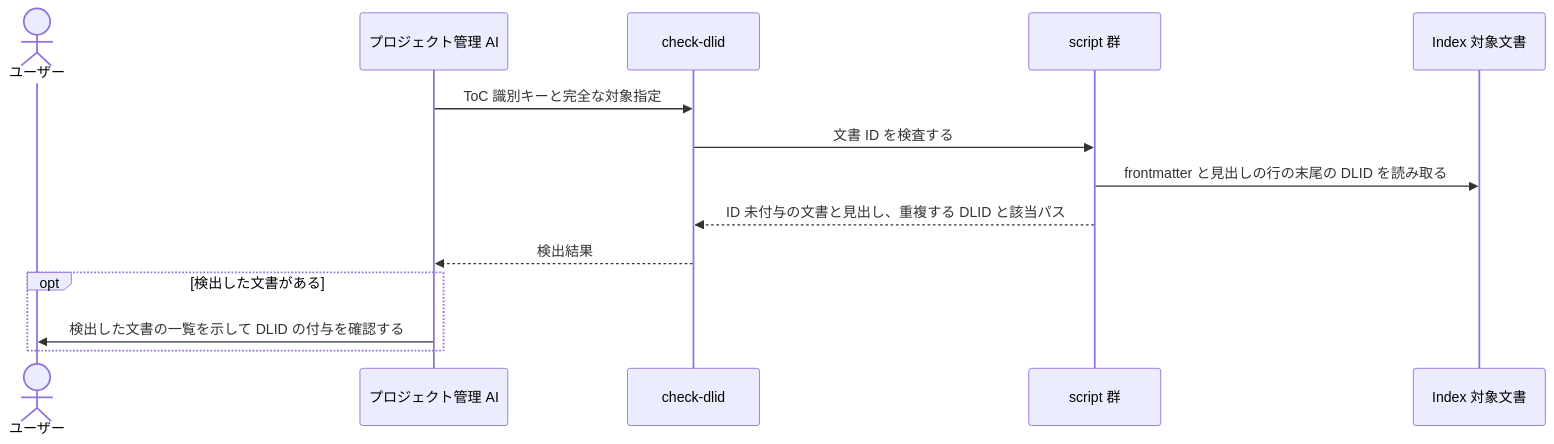
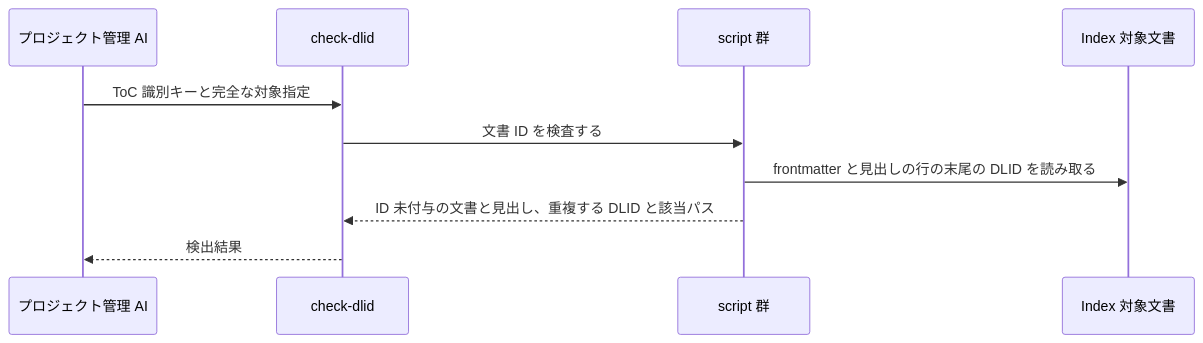
One commit to BlueEventHorizon/doc-link changed the fifth of 10 diagrams in docs/specs/design/DES-010_skill-composition.md. Above: the diagram before and after it, drawn with Mermaid. The commit also changed other lines of this file and 28 other files, not shown here.

````diff
--- a/docs/specs/design/DES-010_skill-composition.md
+++ b/docs/specs/design/DES-010_skill-composition.md
@@ -254,17 +254,13 @@
 ```mermaid
 sequenceDiagram
-    actor User as ユーザー
     participant PM as プロジェクト管理 AI
     participant Skill as check-dlid
     participant Scripts as script 群
     participant Docs as Index 対象文書
 
     PM->>Skill: ToC 識別キーと完全な対象指定
     Skill->>Scripts: 文書 ID を検査する
     Scripts->>Docs: frontmatter と見出しの行の末尾の DLID を読み取る
     Scripts-->>Skill: ID 未付与の文書と見出し、重複する DLID と該当パス
     Skill-->>PM: 検出結果
-    opt 検出した文書がある
-        PM->>User: 検出した文書の一覧を示して DLID の付与を確認する
-    end
 ```
````
